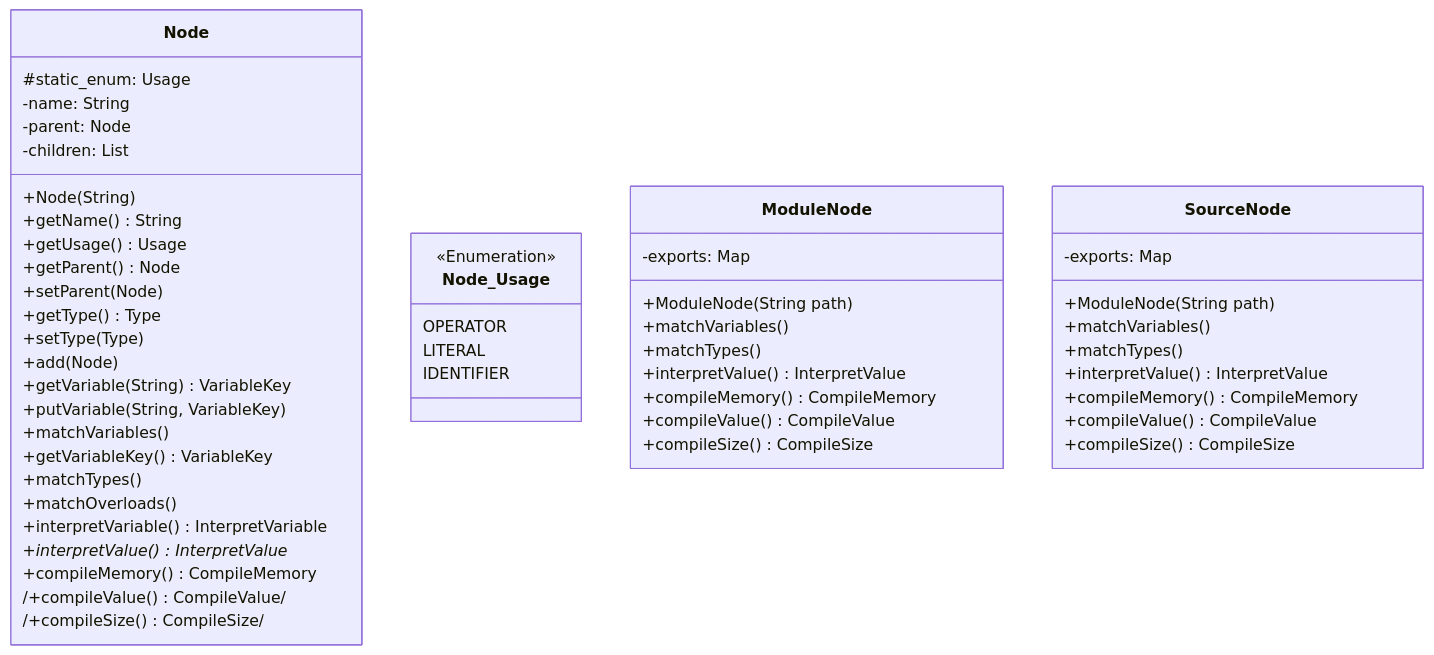
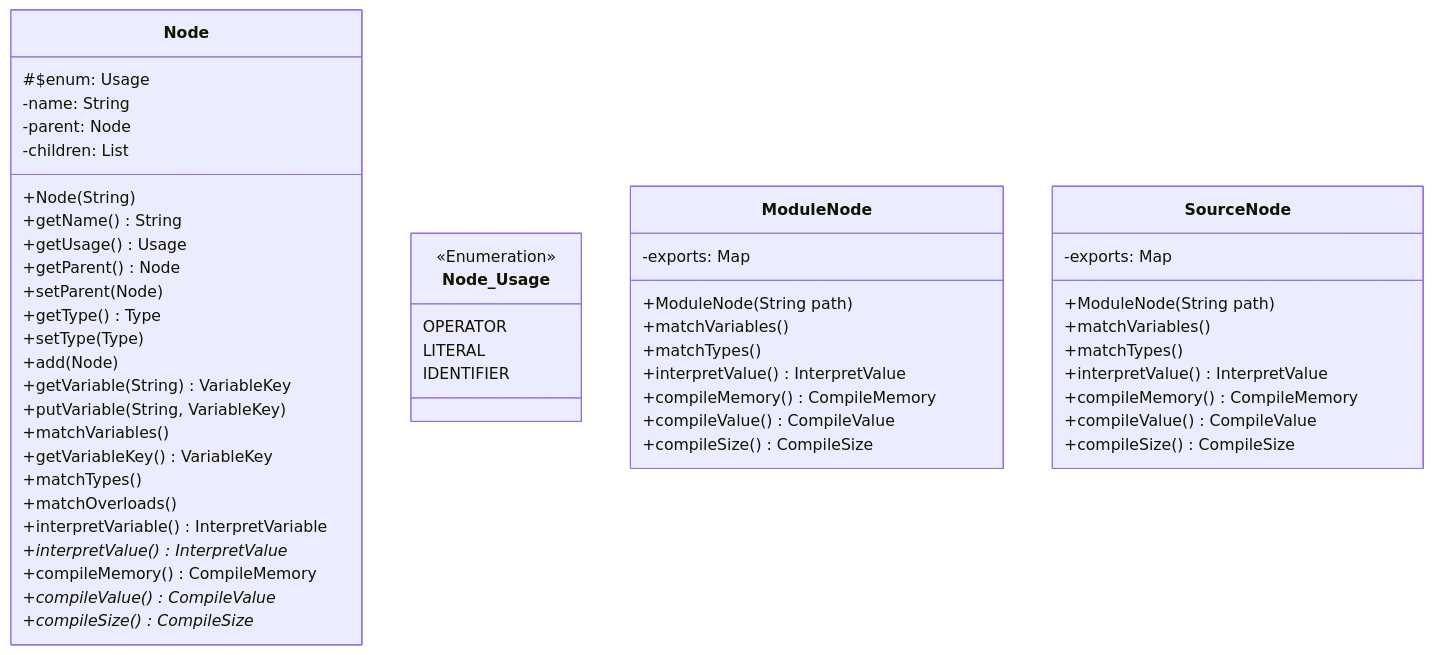
Before and after one commit to Jzhyang1/Monomer: the diagram in UML1.md, drawn with Mermaid. The commit also changed other lines of this file, not shown here.

Commit message:
UML1.md updated from https://stackedit.io/

````diff
--- a/UML1.md
+++ b/UML1.md
@@ -6,56 +6,56 @@
 ```mermaid
 classDiagram
 
 class Node{
-	#static_enum: Usage  
+	#$enum: Usage
 	-name: String  
 	-parent: Node  
 	-children: List<Node>
 	+Node(String)  
 	+getName() String
 	+getUsage() Usage
 	+getParent() Node
 	+setParent(Node) 
 	+getType() Type
 	+setType(Type) 
 	+add(Node)  
 	+getVariable(String) VariableKey  
 	+putVariable(String, VariableKey)  
 	+matchVariables()  
 	+getVariableKey() VariableKey  
 	+matchTypes()  
 	+matchOverloads()  
 	+interpretVariable() InterpretVariable  
 	+interpretValue()* InterpretValue
 	+compileMemory() CompileMemory  
-	/+compileValue() CompileValue/  
-	/+compileSize() CompileSize/
+	+compileValue()* CompileValue 
+	+compileSize()* CompileSize
 }
 class Node_Usage{
 	<<Enumeration>>
 	OPERATOR
 	LITERAL
 	IDENTIFIER
 }
 
 class ModuleNode{
 	-exports: Map<String,VariableKey>
 	+ModuleNode(String path)  
 	+matchVariables()  
 	+matchTypes()  
 	+interpretValue() InterpretValue  
 	+compileMemory() CompileMemory  
 	+compileValue() CompileValue  
 	+compileSize() CompileSize
 }
 class SourceNode{
 	-exports: Map<String,VariableKey>
 	+ModuleNode(String path)  
 	+matchVariables()  
 	+matchTypes()  
 	+interpretValue() InterpretValue  
 	+compileMemory() CompileMemory  
 	+compileValue() CompileValue  
 	+compileSize() CompileSize
 }
 ```
````
